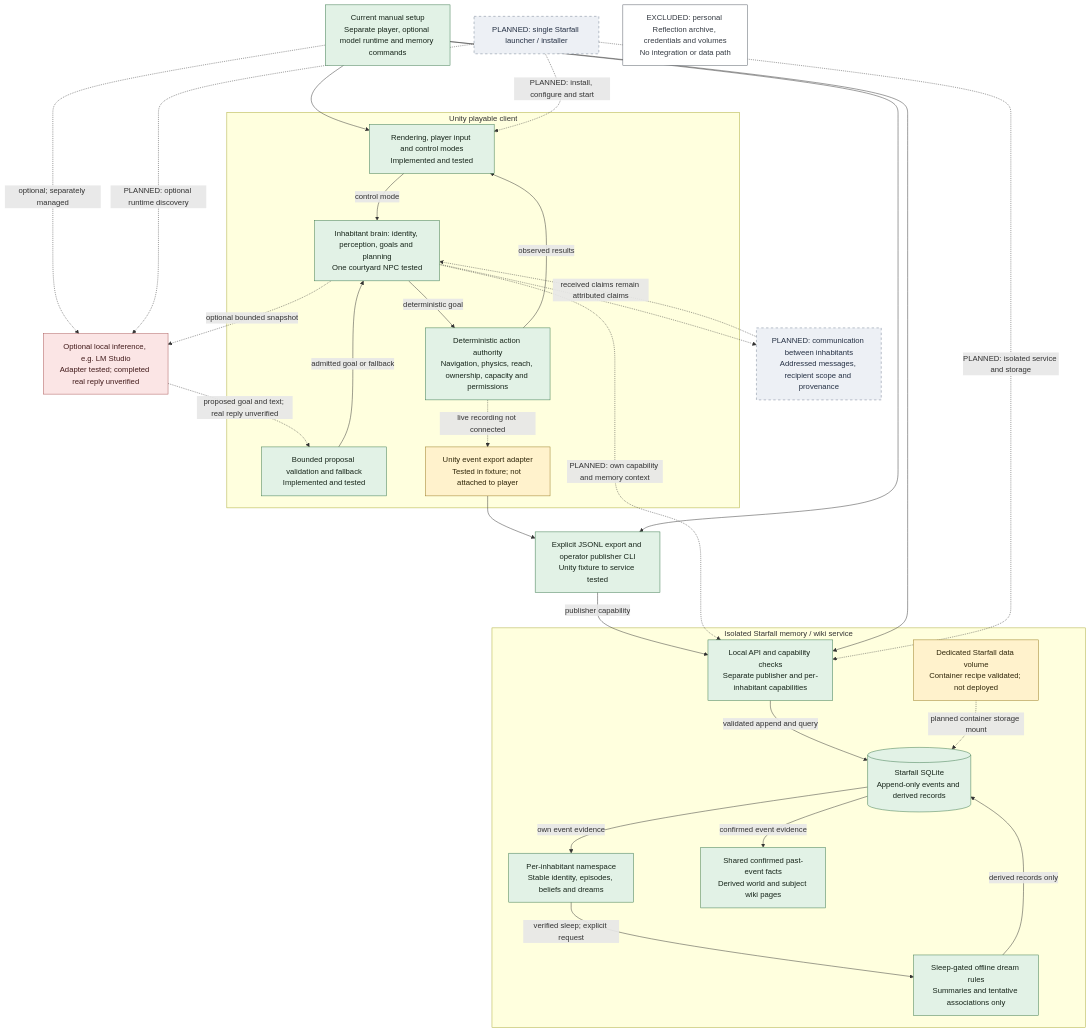
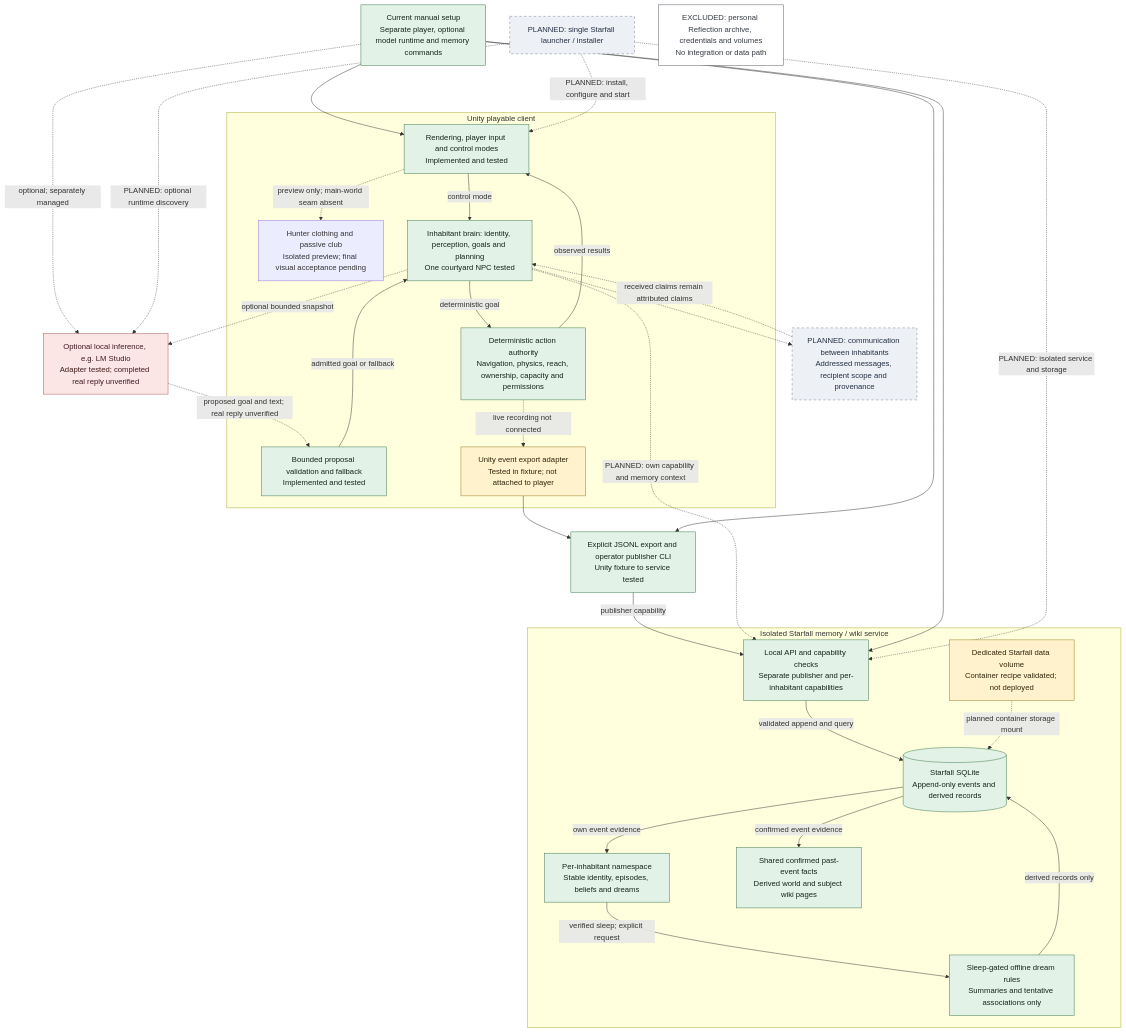
The diagram in docs/SYSTEM-ARCHITECTURE.md (duikindiesee/kooker-starfall), drawn with Mermaid before and after one commit. The commit also changed other lines of this file and 12 other files, not shown here.

Commit message:
Add isolated hunter clothing with continuous trousers and passive club

````diff
--- a/docs/SYSTEM-ARCHITECTURE.md
+++ b/docs/SYSTEM-ARCHITECTURE.md
@@ -13,66 +13,68 @@
 ```mermaid
 flowchart TB
     Operator["Current manual setup<br/>Separate player, optional model runtime and memory commands"]
     Launcher["PLANNED: single Starfall launcher / installer"]
 
     subgraph Unity["Unity playable client"]
         Client["Rendering, player input and control modes<br/>Implemented and tested"]
+        Hunter["Hunter clothing and passive club<br/>Isolated preview; final visual acceptance pending"]
+        Client -.->|preview only; main-world seam absent| Hunter
         Brain["Inhabitant brain: identity, perception, goals and planning<br/>One courtyard NPC tested"]
         Gate["Bounded proposal validation and fallback<br/>Implemented and tested"]
         Authority["Deterministic action authority<br/>Navigation, physics, reach, ownership, capacity and permissions"]
         Export["Unity event export adapter<br/>Tested in fixture; not attached to player"]
         Client -->|control mode| Brain
         Brain -->|deterministic goal| Authority
         Gate -->|admitted goal or fallback| Brain
         Authority -->|observed results| Client
         Authority -.->|live recording not connected| Export
     end
 
     Inference["Optional local inference, e.g. LM Studio<br/>Adapter tested; completed real reply unverified"]
     Brain -.->|optional bounded snapshot| Inference
     Inference -.->|proposed goal and text; real reply unverified| Gate
 
     Bridge["Explicit JSONL export and operator publisher CLI<br/>Unity fixture to service tested"]
     Export --> Bridge
 
     subgraph Memory["Isolated Starfall memory / wiki service"]
         API["Local API and capability checks<br/>Separate publisher and per-inhabitant capabilities"]
         Private["Per-inhabitant namespace<br/>Stable identity, episodes, beliefs and dreams"]
         Facts["Shared confirmed past-event facts<br/>Derived world and subject wiki pages"]
         Dream["Sleep-gated offline dream rules<br/>Summaries and tentative associations only"]
         DB[("Starfall SQLite<br/>Append-only events and derived records")]
         Volume["Dedicated Starfall data volume<br/>Container recipe validated; not deployed"]
         API -->|validated append and query| DB
         DB -->|own event evidence| Private
         DB -->|confirmed event evidence| Facts
         Private -->|verified sleep; explicit request| Dream
         Dream -->|derived records only| DB
         Volume -.->|planned container storage mount| DB
     end
 
     Bridge -->|publisher capability| API
     Brain -.->|PLANNED: own capability and memory context| API
     Comms["PLANNED: communication between inhabitants<br/>Addressed messages, recipient scope and provenance"]
     Brain -.-> Comms
     Comms -.->|received claims remain attributed claims| Brain
 
     Operator --> Client
     Operator --> Bridge
     Operator --> API
     Operator -.->|optional; separately managed| Inference
     Launcher -.->|PLANNED: install, configure and start| Client
     Launcher -.->|PLANNED: isolated service and storage| API
     Launcher -.->|PLANNED: optional runtime discovery| Inference
     Excluded["EXCLUDED: personal Reflection archive, credentials and volumes<br/>No integration or data path"]
 
     classDef tested fill:#e2f2e6,stroke:#39774b,color:#17251a
     classDef unwired fill:#fff2cc,stroke:#987820,color:#30270b
     classDef planned fill:#edf0f5,stroke:#737f91,color:#253044,stroke-dasharray:5 5
     classDef unverified fill:#fbe5e5,stroke:#aa5757,color:#421b1b
     classDef excluded fill:#ffffff,stroke:#545b64,color:#353b43
     class Operator,Client,Brain,Gate,Authority,Bridge,API,Private,Facts,Dream,DB tested
     class Export,Volume unwired
     class Launcher,Comms planned
     class Excluded excluded
     class Inference unverified
 ```
````
